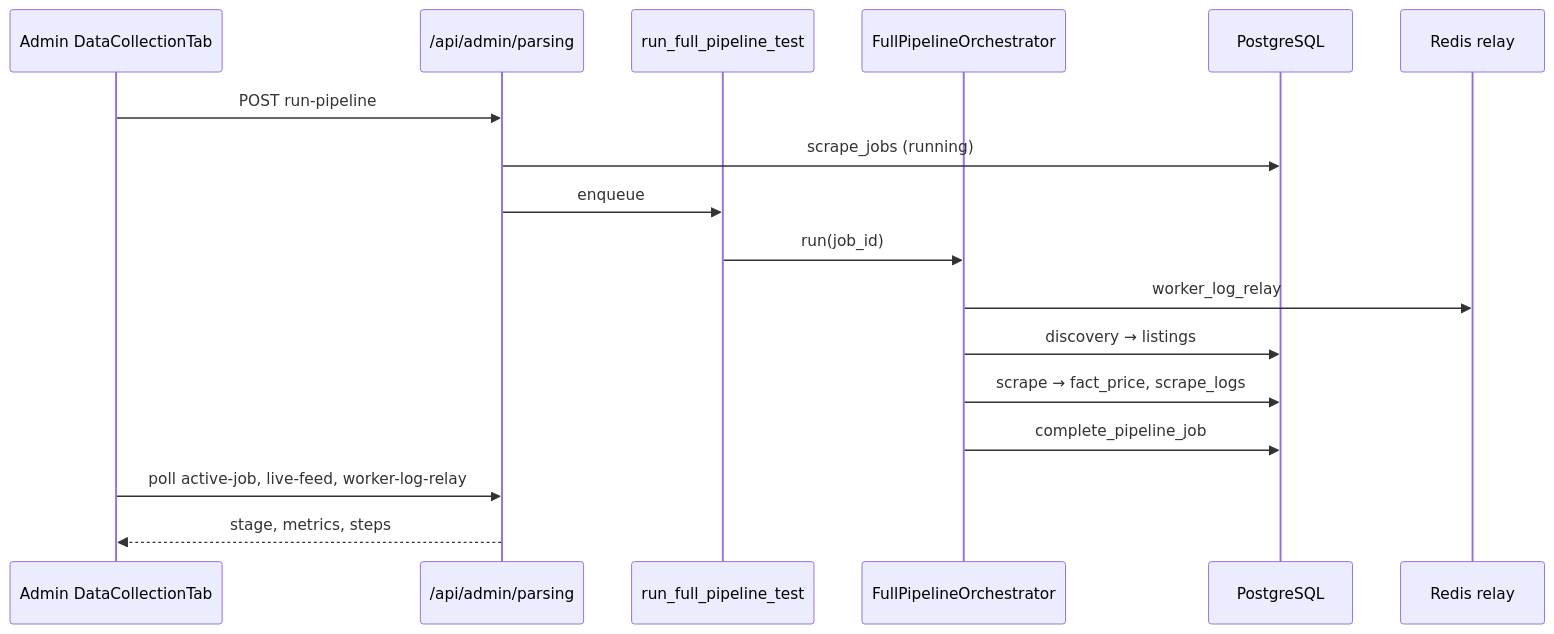
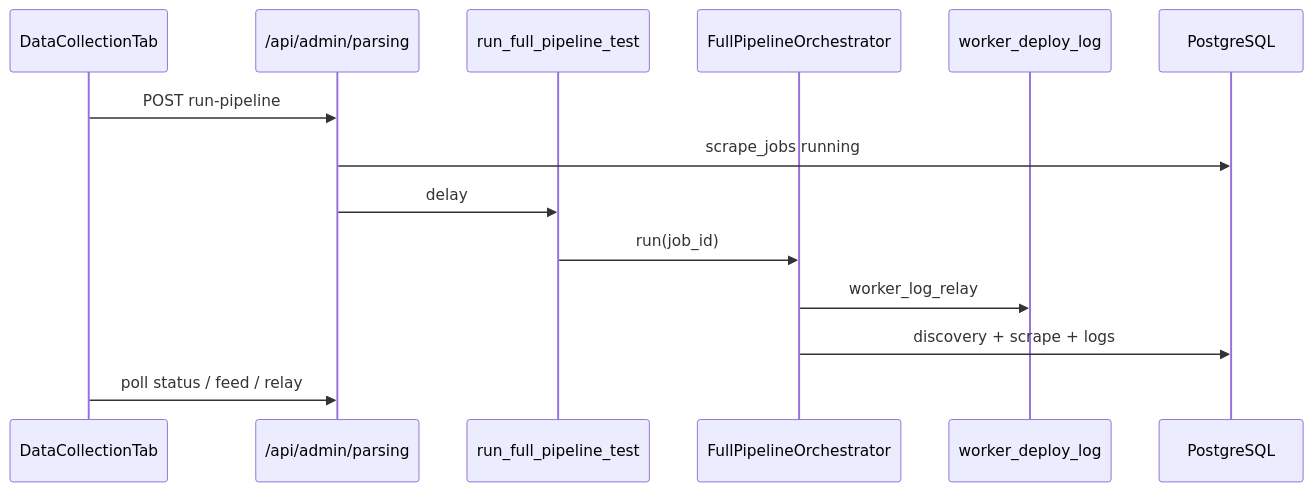
Before and after one commit to vladgorbachov/imperecta: the diagram in Imperecta_Architecture.md, drawn with Mermaid. The commit also changed other lines of this file and 33 other files, not shown here.

````diff
--- a/Imperecta_Architecture.md
+++ b/Imperecta_Architecture.md
@@ -220,20 +231,17 @@
 ```mermaid
 sequenceDiagram
-    participant UI as Admin DataCollectionTab
+    participant UI as DataCollectionTab
     participant API as /api/admin/parsing
     participant Celery as run_full_pipeline_test
     participant Orch as FullPipelineOrchestrator
+    participant Redis as worker_deploy_log
     participant DB as PostgreSQL
-    participant Redis as Redis relay
 
     UI->>API: POST run-pipeline
-    API->>DB: scrape_jobs (running)
-    API->>Celery: enqueue
+    API->>DB: scrape_jobs running
+    API->>Celery: delay
     Celery->>Orch: run(job_id)
     Orch->>Redis: worker_log_relay
-    Orch->>DB: discovery → listings
-    Orch->>DB: scrape → fact_price, scrape_logs
-    Orch->>DB: complete_pipeline_job
-    UI->>API: poll active-job, live-feed, worker-log-relay
-    API-->>UI: stage, metrics, steps
+    Orch->>DB: discovery + scrape + logs
+    UI->>API: poll status / feed / relay
 ```
````
